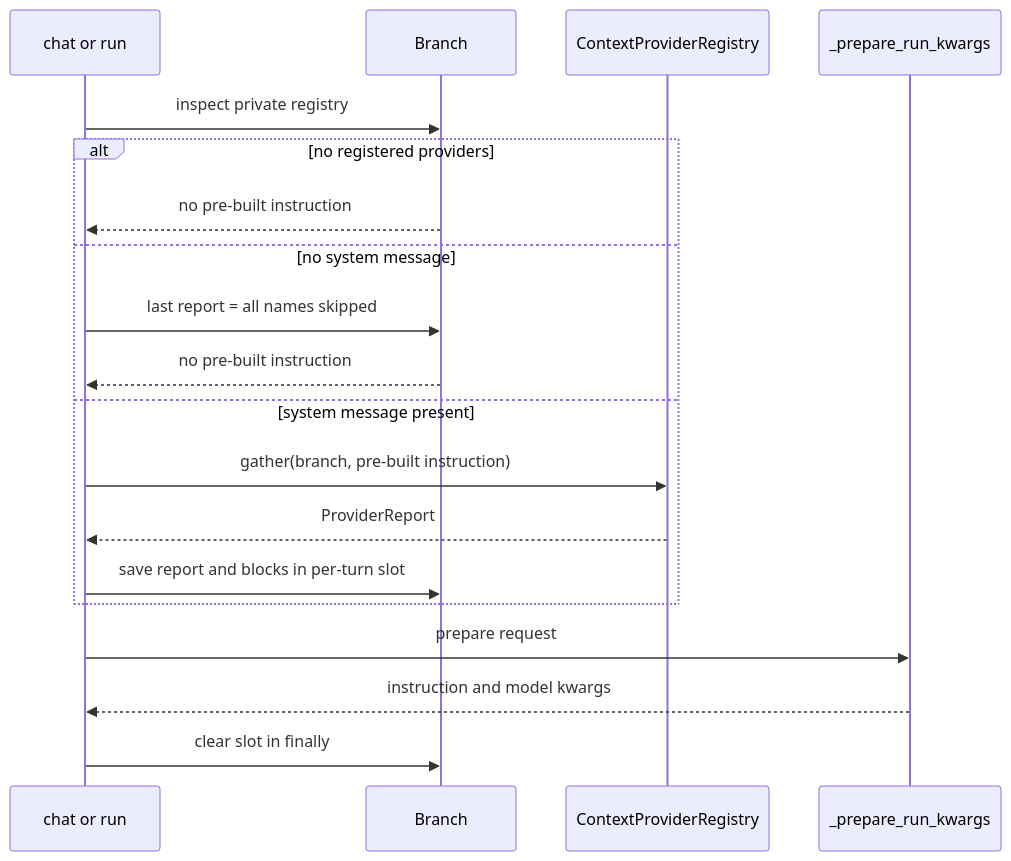
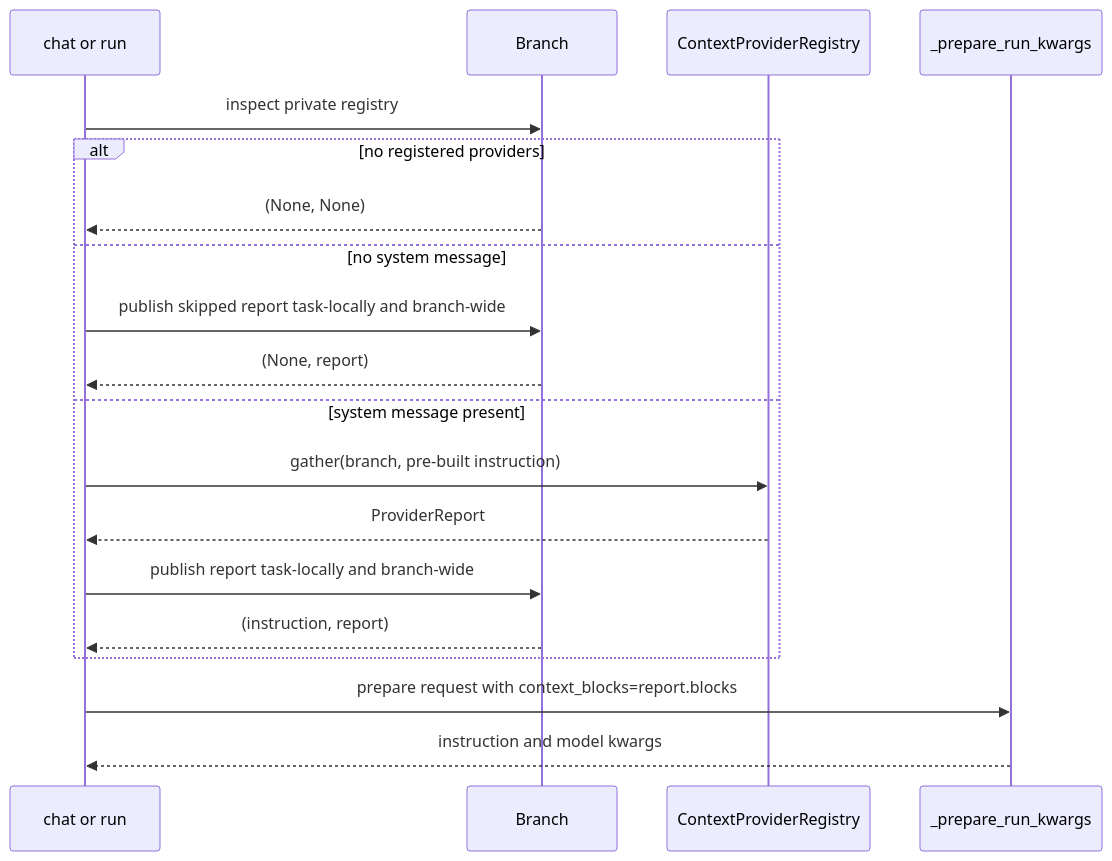
The diagram in docs/adr/ADR-0008-pre-turn-context-provider-execution-and-attribution.md (ohdearquant/lionagi), drawn with Mermaid before and after one commit. The commit also changed other lines of this file and 4 other files, not shown here.

Commit message:
fix(context): branch-level last_context_report fallback + str-guard provider blocks + ADR-0008 sync

````diff
--- a/docs/adr/ADR-0008-pre-turn-context-provider-execution-and-attribution.md
+++ b/docs/adr/ADR-0008-pre-turn-context-provider-execution-and-attribution.md
@@ -284,21 +294,21 @@
 ```mermaid
 sequenceDiagram
     participant O as chat or run
     participant B as Branch
     participant R as ContextProviderRegistry
     participant C as _prepare_run_kwargs
     O->>B: inspect private registry
     alt no registered providers
-        B-->>O: no pre-built instruction
+        B-->>O: (None, None)
     else no system message
-        O->>B: last report = all names skipped
-        B-->>O: no pre-built instruction
+        O->>B: publish skipped report task-locally and branch-wide
+        B-->>O: (None, report)
     else system message present
         O->>R: gather(branch, pre-built instruction)
         R-->>O: ProviderReport
-        O->>B: save report and blocks in per-turn slot
+        O->>B: publish report task-locally and branch-wide
+        B-->>O: (instruction, report)
     end
-    O->>C: prepare request
+    O->>C: prepare request with context_blocks=report.blocks
     C-->>O: instruction and model kwargs
-    O->>B: clear slot in finally
 ```
````
